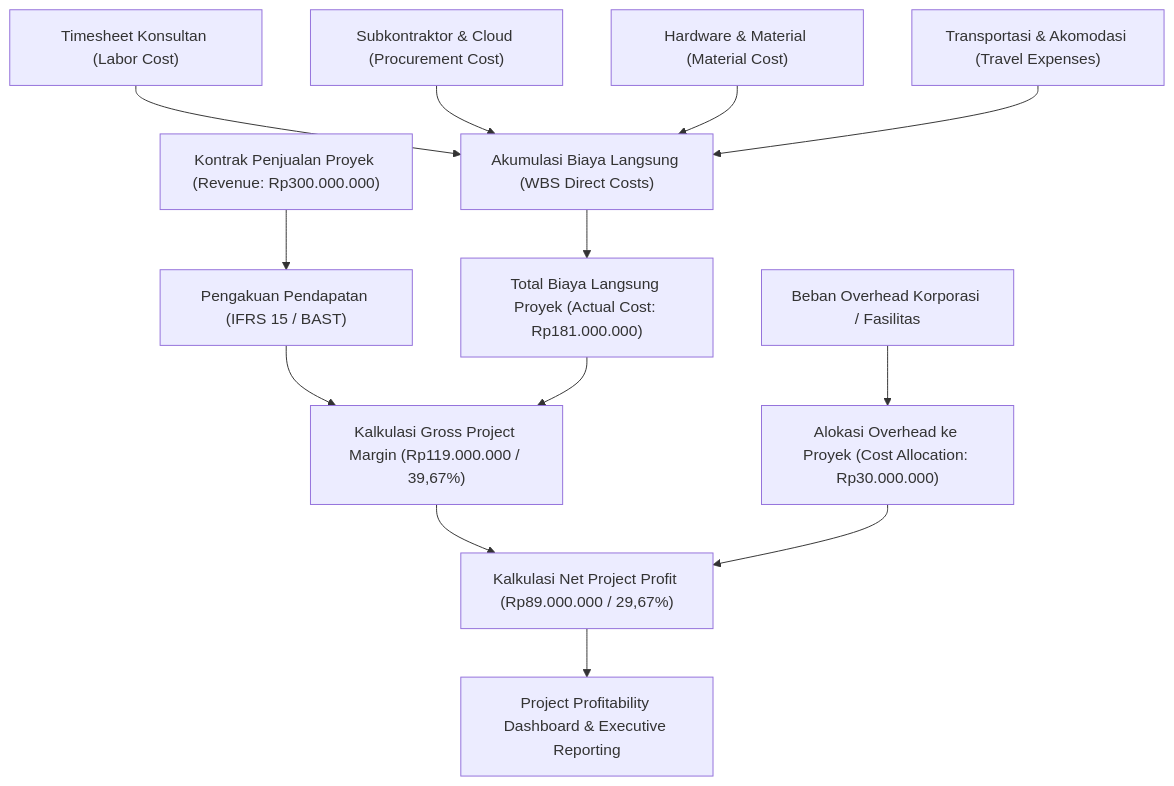
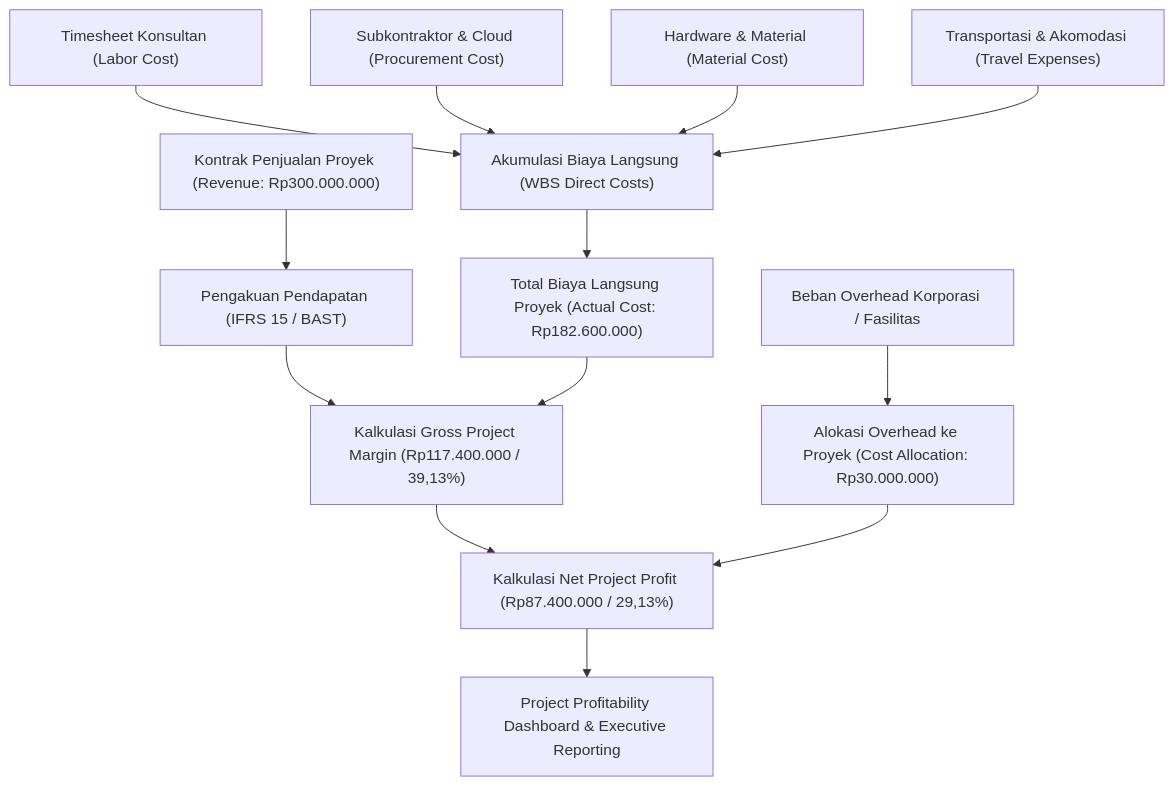
One commit to alimurrofid/erp-notes changed the diagram in content/09-project/project-profitability.md. Above: the diagram before and after it, drawn with Mermaid. The commit also changed other lines of this file and 8 other files, not shown here.

Commit message:
fix(project): reconcile labour cost, margin, and budget

````diff
--- a/content/09-project/project-profitability.md
+++ b/content/09-project/project-profitability.md
@@ -31,13 +31,13 @@
 ```mermaid
 flowchart TD
     A["Kontrak Penjualan Proyek (Revenue: Rp300.000.000)"] --> B["Pengakuan Pendapatan (IFRS 15 / BAST)"]
     C["Timesheet Konsultan (Labor Cost)"] --> D["Akumulasi Biaya Langsung (WBS Direct Costs)"]
     E["Subkontraktor & Cloud (Procurement Cost)"] --> D
     F["Hardware & Material (Material Cost)"] --> D
     G["Transportasi & Akomodasi (Travel Expenses)"] --> D
-    D --> H["Total Biaya Langsung Proyek (Actual Cost: Rp181.000.000)"]
-    B & H --> I["Kalkulasi Gross Project Margin (Rp119.000.000 / 39,67%)"]
+    D --> H["Total Biaya Langsung Proyek (Actual Cost: Rp182.600.000)"]
+    B & H --> I["Kalkulasi Gross Project Margin (Rp117.400.000 / 39,13%)"]
     J["Beban Overhead Korporasi / Fasilitas"] --> K["Alokasi Overhead ke Proyek (Cost Allocation: Rp30.000.000)"]
-    I & K --> L["Kalkulasi Net Project Profit (Rp89.000.000 / 29,67%)"]
+    I & K --> L["Kalkulasi Net Project Profit (Rp87.400.000 / 29,13%)"]
     L --> M["Project Profitability Dashboard & Executive Reporting"]
 ```
````
